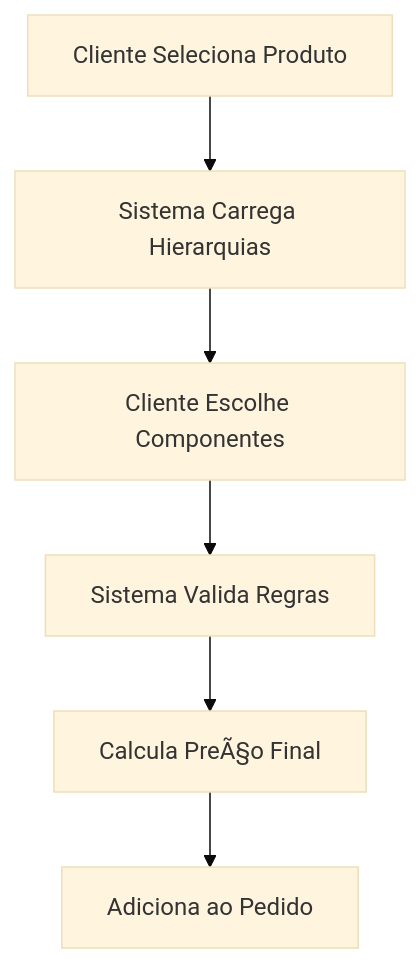
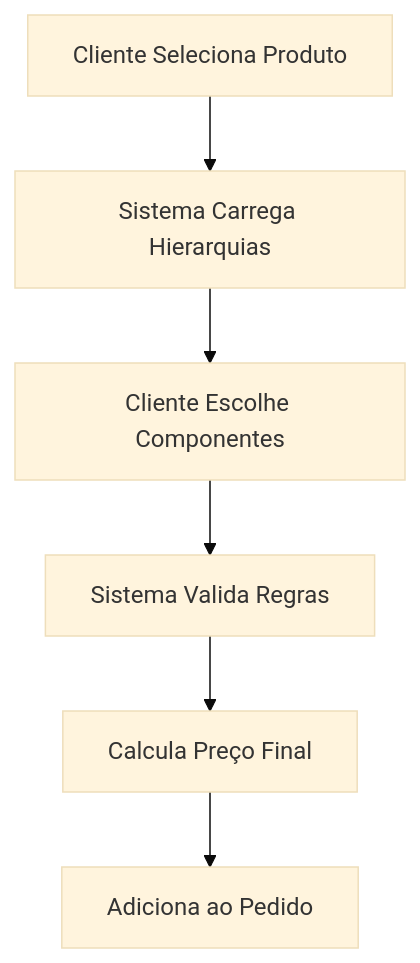
The fourth of 5 diagrams in GesN.Web/Context/DOMAIN CONTEXTS/README.md (igor-spalenza/GesN), drawn with Mermaid (base theme) before and after one commit. The commit also changed other lines of this file and 10 other files, not shown here.

````diff
--- a/GesN.Web/Context/DOMAIN CONTEXTS/README.md
+++ b/GesN.Web/Context/DOMAIN CONTEXTS/README.md
@@ -430,8 +430,8 @@
 ```mermaid
 graph TD
     A[Cliente Seleciona Produto] --> B[Sistema Carrega Hierarquias]
     B --> C[Cliente Escolhe Componentes]
     C --> D[Sistema Valida Regras]
-    D --> E[Calcula PreÃ§o Final]
+    D --> E[Calcula Preço Final]
     E --> F[Adiciona ao Pedido]
 ```
````
